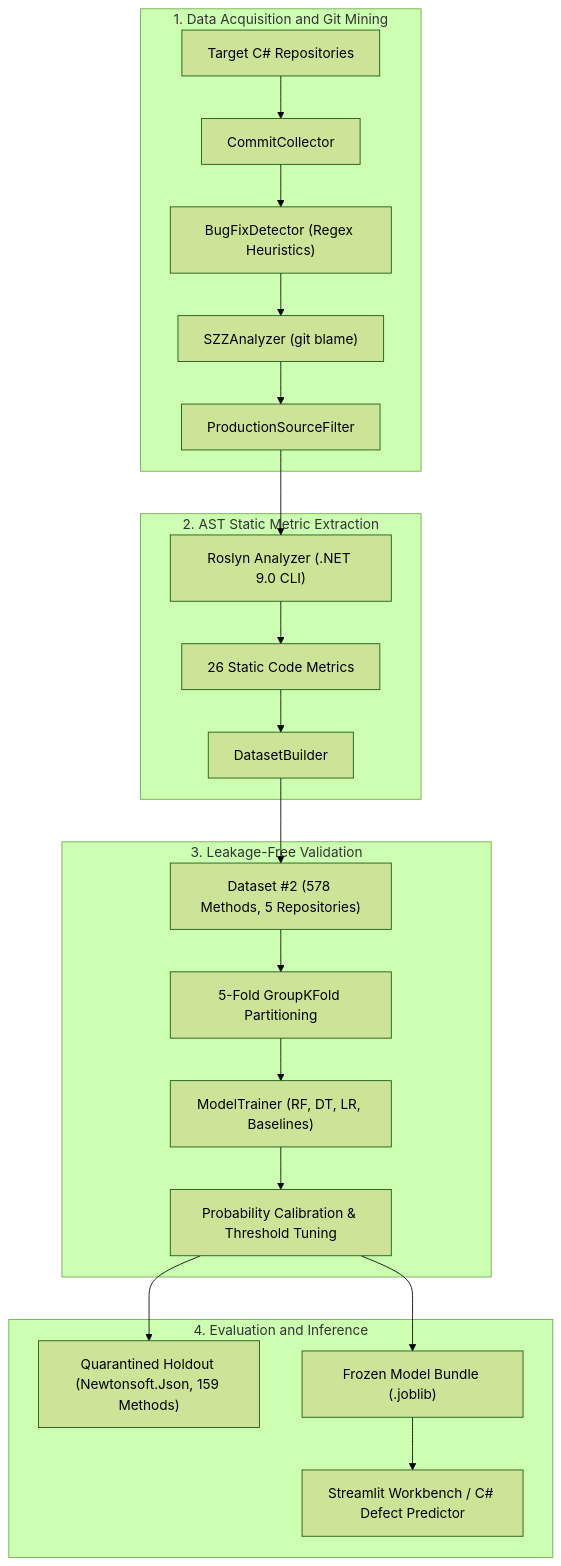
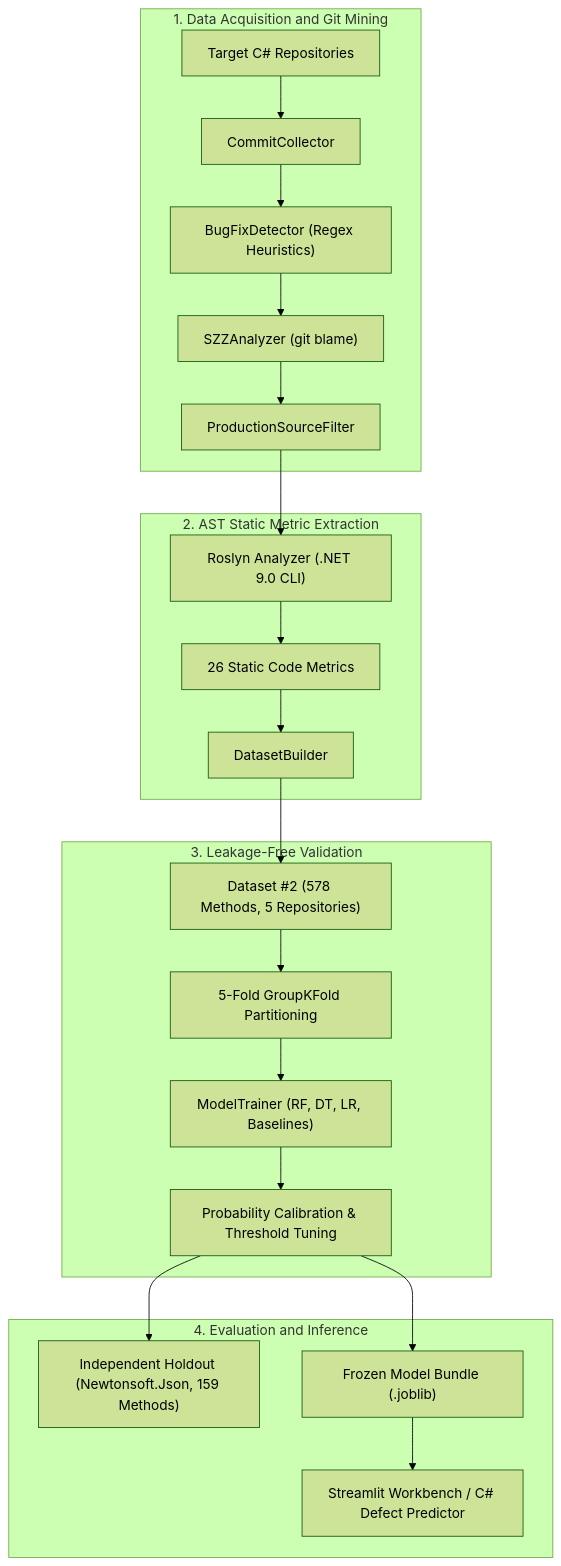
Before and after one commit to BogdanCTU/Applied-Computational-Intelligence-UBB: the diagram in Year2_Semester1_ComputationalIntelligenceSoftwareEngineering/CISE_Project2/README.md, drawn with Mermaid (forest theme). The commit also changed other lines of this file and 41 other files, not shown here.

````diff
--- a/Year2_Semester1_ComputationalIntelligenceSoftwareEngineering/CISE_Project2/README.md
+++ b/Year2_Semester1_ComputationalIntelligenceSoftwareEngineering/CISE_Project2/README.md
@@ -125,28 +125,28 @@
 ```mermaid
 flowchart TD
     subgraph S1["1. Data Acquisition and Git Mining"]
         A["Target C# Repositories"] --> B["CommitCollector"]
         B --> C["BugFixDetector (Regex Heuristics)"]
         C --> D["SZZAnalyzer (git blame)"]
         D --> E["ProductionSourceFilter"]
     end
 
     subgraph S2["2. AST Static Metric Extraction"]
         E --> F["Roslyn Analyzer (.NET 9.0 CLI)"]
         F --> G["26 Static Code Metrics"]
         G --> H["DatasetBuilder"]
     end
 
     subgraph S3["3. Leakage-Free Validation"]
         H --> I["Dataset #2 (578 Methods, 5 Repositories)"]
         I --> J["5-Fold GroupKFold Partitioning"]
         J --> K["ModelTrainer (RF, DT, LR, Baselines)"]
         K --> L["Probability Calibration & Threshold Tuning"]
     end
 
     subgraph S4["4. Evaluation and Inference"]
-        L --> M["Quarantined Holdout (Newtonsoft.Json, 159 Methods)"]
+        L --> M["Independent Holdout (Newtonsoft.Json, 159 Methods)"]
         L --> N["Frozen Model Bundle (.joblib)"]
         N --> O["Streamlit Workbench / C# Defect Predictor"]
     end
 ```
````
